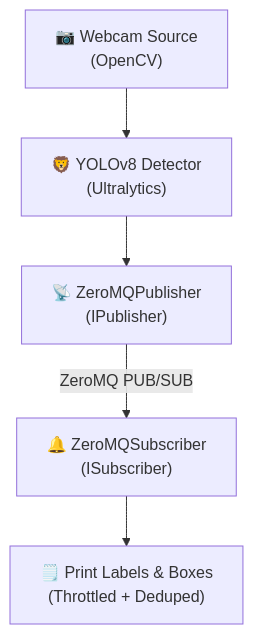
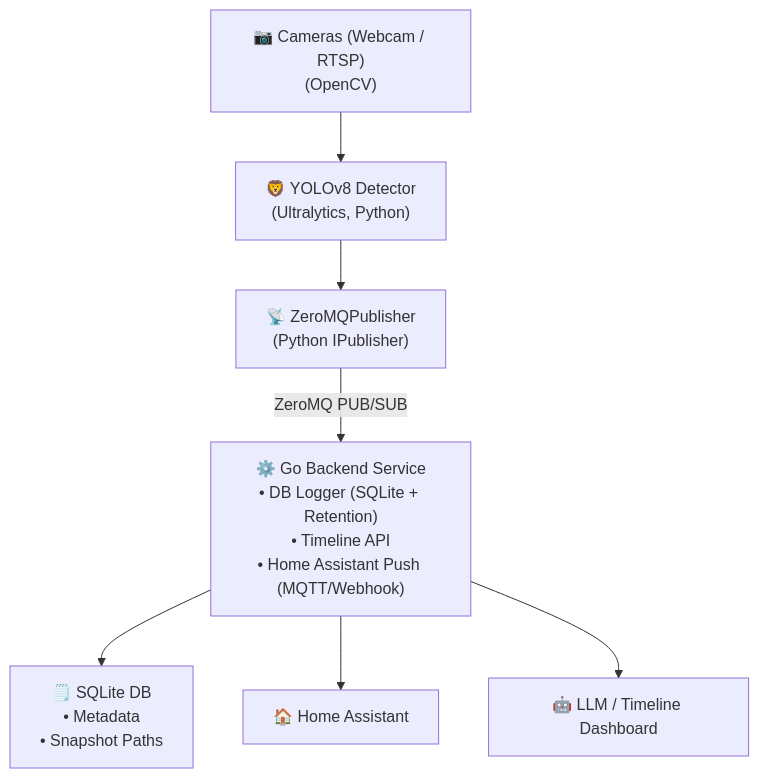
One commit to Mrunmoy/chat-with-my-camera changed the diagram in README.md. Above: the diagram before and after it, drawn with Mermaid. The commit also changed other lines of this file, not shown here.

Commit message:
Update pipeline diagram for go-backend branch

````diff
--- a/README.md
+++ b/README.md
@@ -55,7 +40,9 @@
 ```mermaid
 flowchart TD
-    A["📷 Webcam Source<br/>(OpenCV)"] --> B["🦁 YOLOv8 Detector<br/>(Ultralytics)"]
-    B --> C["📡 ZeroMQPublisher<br/>(IPublisher)"]
-    C -->|"ZeroMQ PUB/SUB"| D["🔔 ZeroMQSubscriber<br/>(ISubscriber)"]
-    D --> E["🗒️ Print Labels & Boxes<br/>(Throttled + Deduped)"]
+    A["📷 Cameras (Webcam / RTSP)<br/>(OpenCV)"] --> B["🦁 YOLOv8 Detector<br/>(Ultralytics, Python)"]
+    B --> C["📡 ZeroMQPublisher<br/>(Python IPublisher)"]
+    C -->|"ZeroMQ PUB/SUB"| D["⚙️ Go Backend Service<br/>• DB Logger (SQLite + Retention)<br/>• Timeline API<br/>• Home Assistant Push (MQTT/Webhook)"]
+    D --> E["🗒️ SQLite DB<br/>• Metadata<br/>• Snapshot Paths"]
+    D --> F["🏠 Home Assistant"]
+    D --> G["🤖 LLM / Timeline Dashboard"]
 ```
````
